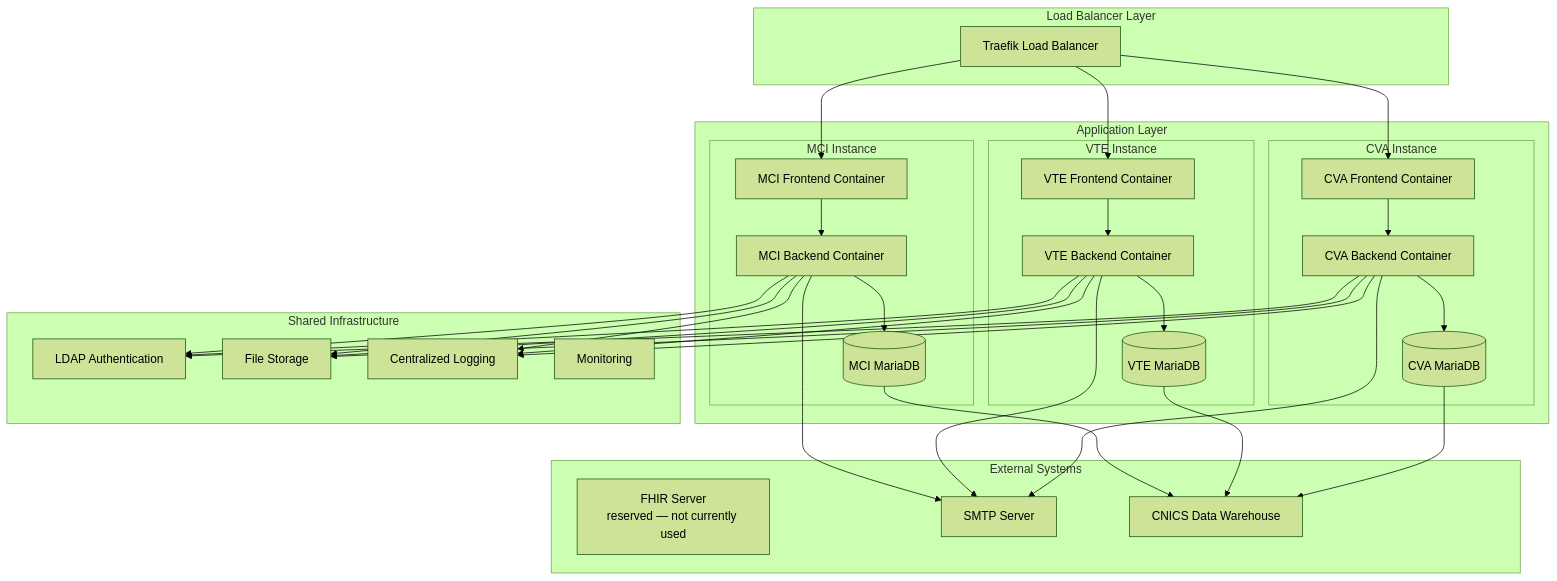
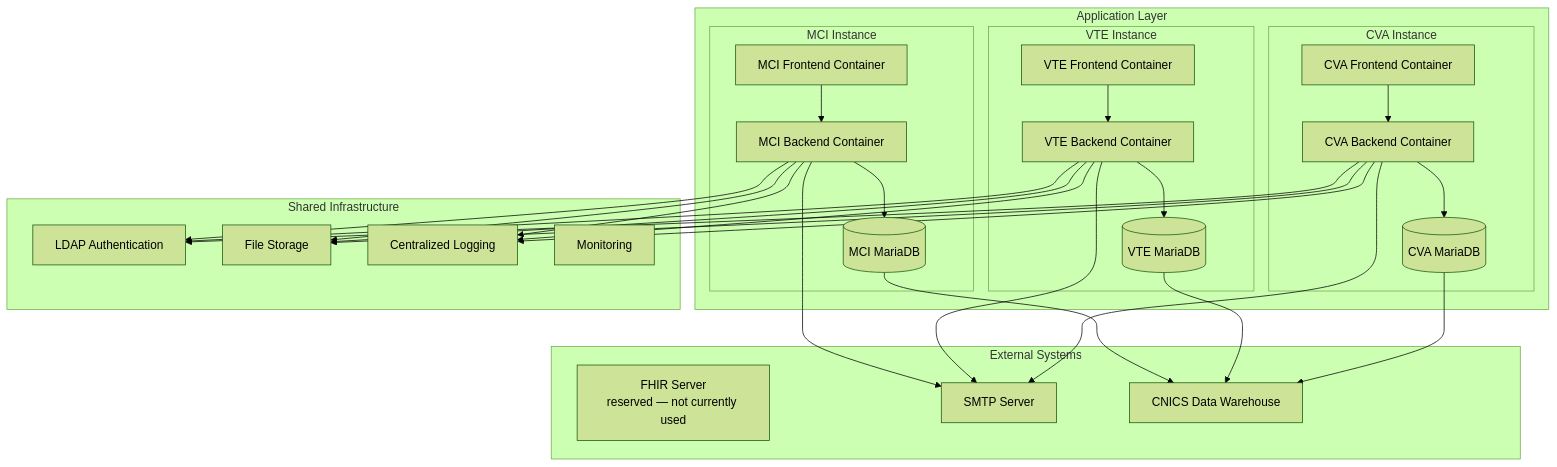
Before and after one commit to uwcirg/cnics-validation: the first of 8 diagrams in docs/technical-architecture.md, drawn with Mermaid (forest theme). The commit also changed 2 other files, not shown here.

Commit message:
Remove references to Traefik in docs and default.env, since it's not expected to be used by these systems.

````diff
--- a/docs/technical-architecture.md
+++ b/docs/technical-architecture.md
@@ -5,71 +5,63 @@
 ```mermaid
 graph TB
-    subgraph "Load Balancer Layer"
-        LB[Traefik Load Balancer]
-    end
-    
     subgraph "Application Layer"
         subgraph "MCI Instance"
             MCI_FE[MCI Frontend Container]
             MCI_BE[MCI Backend Container]
             MCI_DB[(MCI MariaDB)]
         end
         
         subgraph "VTE Instance"
             VTE_FE[VTE Frontend Container]
             VTE_BE[VTE Backend Container]
             VTE_DB[(VTE MariaDB)]
         end
         
         subgraph "CVA Instance"
             CVA_FE[CVA Frontend Container]
             CVA_BE[CVA Backend Container]
             CVA_DB[(CVA MariaDB)]
         end
     end
     
     subgraph "Shared Infrastructure"
         AUTH[LDAP Authentication]
         FILES[File Storage]
         LOGS[Centralized Logging]
         MONITOR[Monitoring]
     end
     
     subgraph "External Systems"
         FHIR[FHIR Server<br/>reserved — not currently used]
         EMAIL[SMTP Server]
         CNICS[CNICS Data Warehouse]
     end
     
-    LB --> MCI_FE
-    LB --> VTE_FE
-    LB --> CVA_FE
-    
     MCI_FE --> MCI_BE
     VTE_FE --> VTE_BE
     CVA_FE --> CVA_BE
     
     MCI_BE --> MCI_DB
     VTE_BE --> VTE_DB
     CVA_BE --> CVA_DB
     
     MCI_BE --> AUTH
     VTE_BE --> AUTH
     CVA_BE --> AUTH
     
     MCI_BE --> FILES
     VTE_BE --> FILES
     CVA_BE --> FILES
     
     MCI_BE --> LOGS
     VTE_BE --> LOGS
     CVA_BE --> LOGS
     
     MCI_BE --> EMAIL
     VTE_BE --> EMAIL
     CVA_BE --> EMAIL
     
     MCI_DB --> CNICS
     VTE_DB --> CNICS
     CVA_DB --> CNICS
 ```
````
